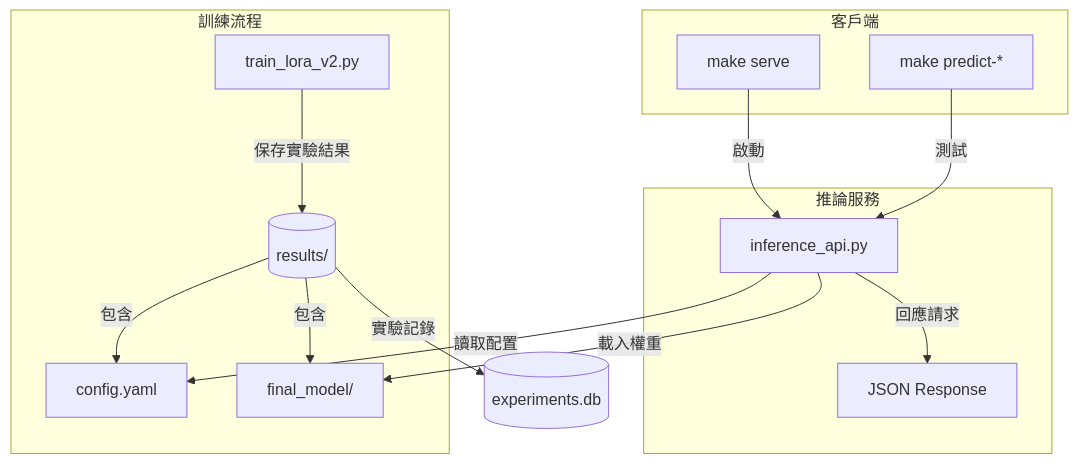
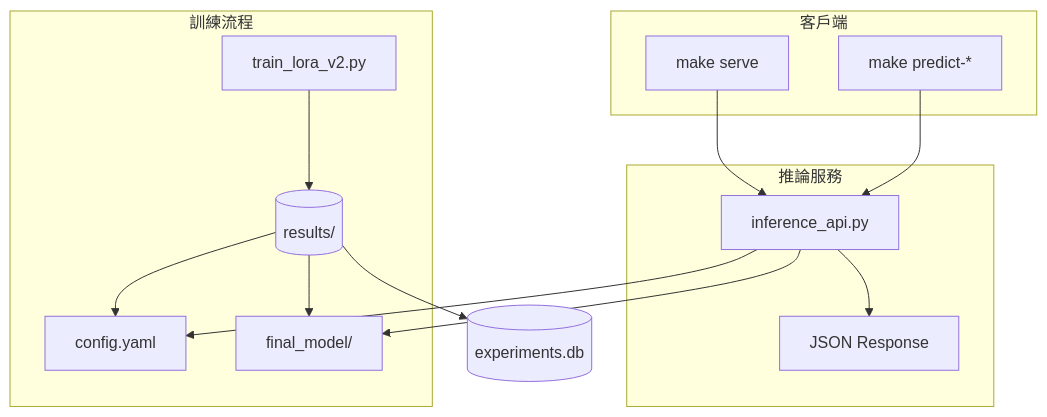
The second of 2 diagrams in README.md (pei9564/Finetune-30-days-demo), drawn with Mermaid before and after one commit. The commit also changed other lines of this file and 42 other files, not shown here.

````diff
--- a/README.md
+++ b/README.md
@@ -55,21 +62,21 @@
 ```mermaid
 graph TB
     subgraph Training["訓練流程"]
-        Train[train_lora_v2.py] --> |保存實驗結果| Results[(results/)]
-        Results --> |包含| Config[config.yaml]
-        Results --> |包含| Model[final_model/]
+        Train[train_lora_v2.py] --> Results[(results/)]
+        Results --> Config[config.yaml]
+        Results --> Model[final_model/]
     end
 
     subgraph Inference["推論服務"]
-        API[inference_api.py] --> |讀取配置| Config
-        API --> |載入權重| Model
-        API --> |回應請求| Response[JSON Response]
+        API[inference_api.py] --> Config
+        API --> Model
+        API --> Response[JSON Response]
     end
 
     subgraph Client["客戶端"]
-        CLI[make serve] --> |啟動| API
-        Test[make predict-*] --> |測試| API
+        CLI[make serve] --> API
+        Test[make predict-*] --> API
     end
 
-    Results --> |實驗記錄| DB[(experiments.db)]
+    Results --> DB[(experiments.db)]
 ```
````
